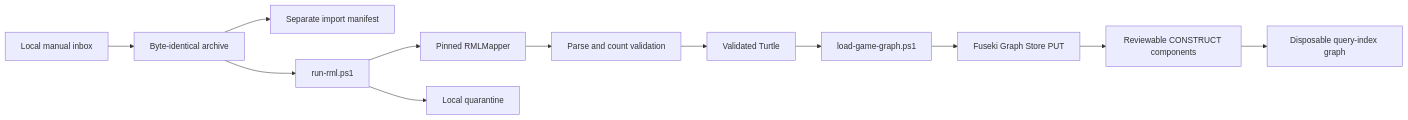
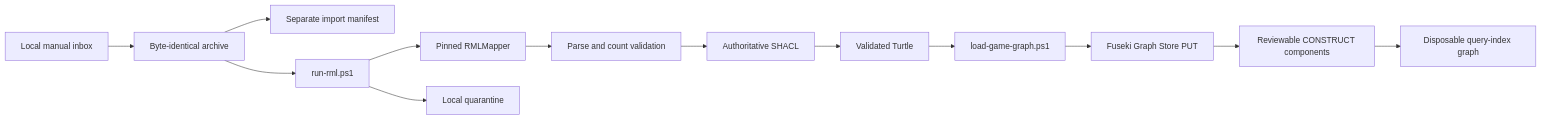
Before and after one commit to CarterBeauBenson/BaseballO: the diagram in Baseball/scripts/pipeline/README.md, drawn with Mermaid. The commit also changed other lines of this file and 26 other files, not shown here.

Commit message:
Add SHACL graph validation layer

````diff
--- a/Baseball/scripts/pipeline/README.md
+++ b/Baseball/scripts/pipeline/README.md
@@ -5,14 +5,15 @@
 ```mermaid
 flowchart LR
     I[Local manual inbox] --> A[Byte-identical archive]
     A --> P[Separate import manifest]
     A --> R[run-rml.ps1]
     R --> M[Pinned RMLMapper]
     M --> V[Parse and count validation]
-    V --> T[Validated Turtle]
+    V --> S[Authoritative SHACL]
+    S --> T[Validated Turtle]
     T --> L[load-game-graph.ps1]
     L --> F[Fuseki Graph Store PUT]
     F --> C[Reviewable CONSTRUCT components]
     C --> D[Disposable query-index graph]
     R --> Q[Local quarantine]
 ```
````
